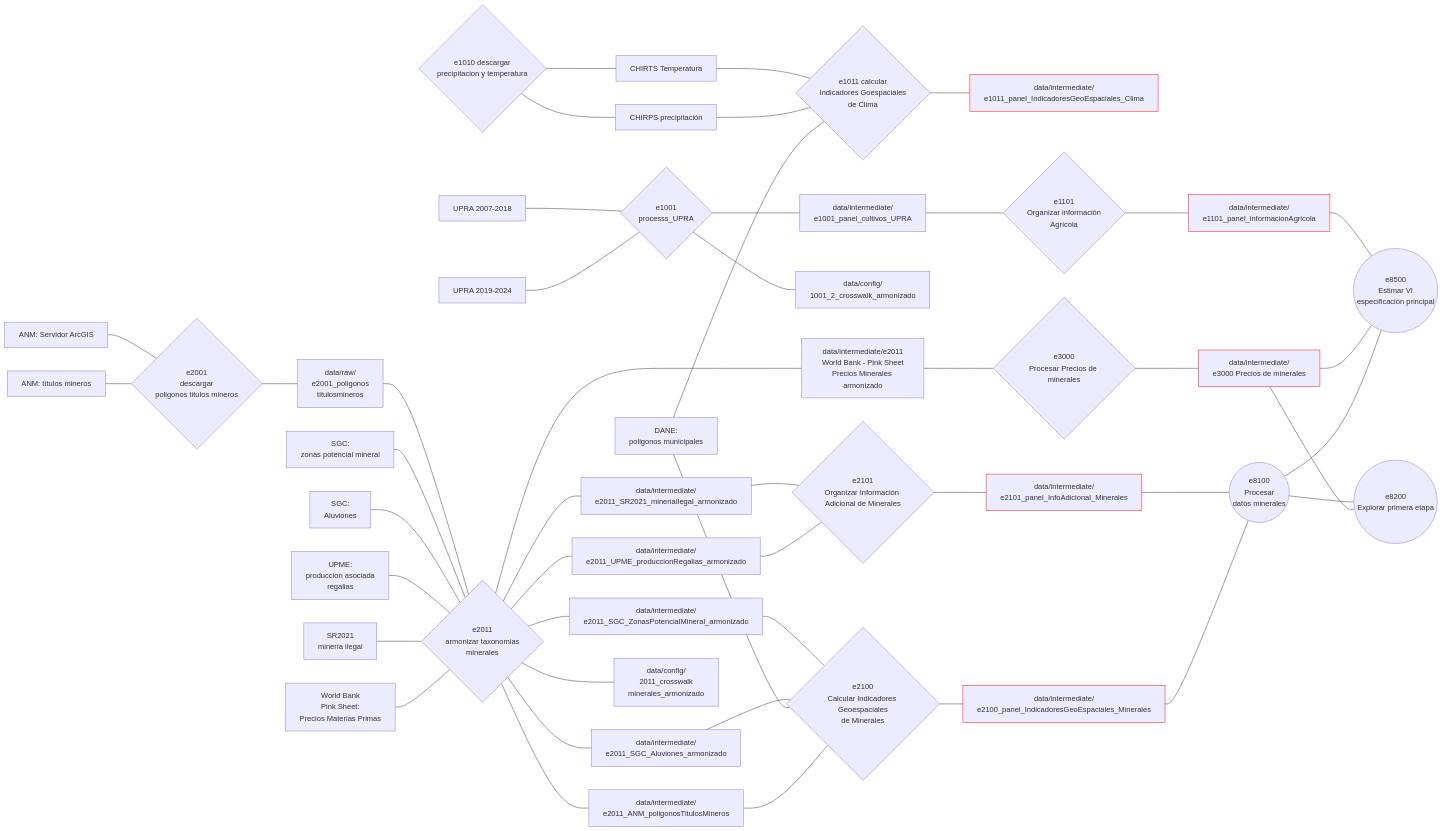
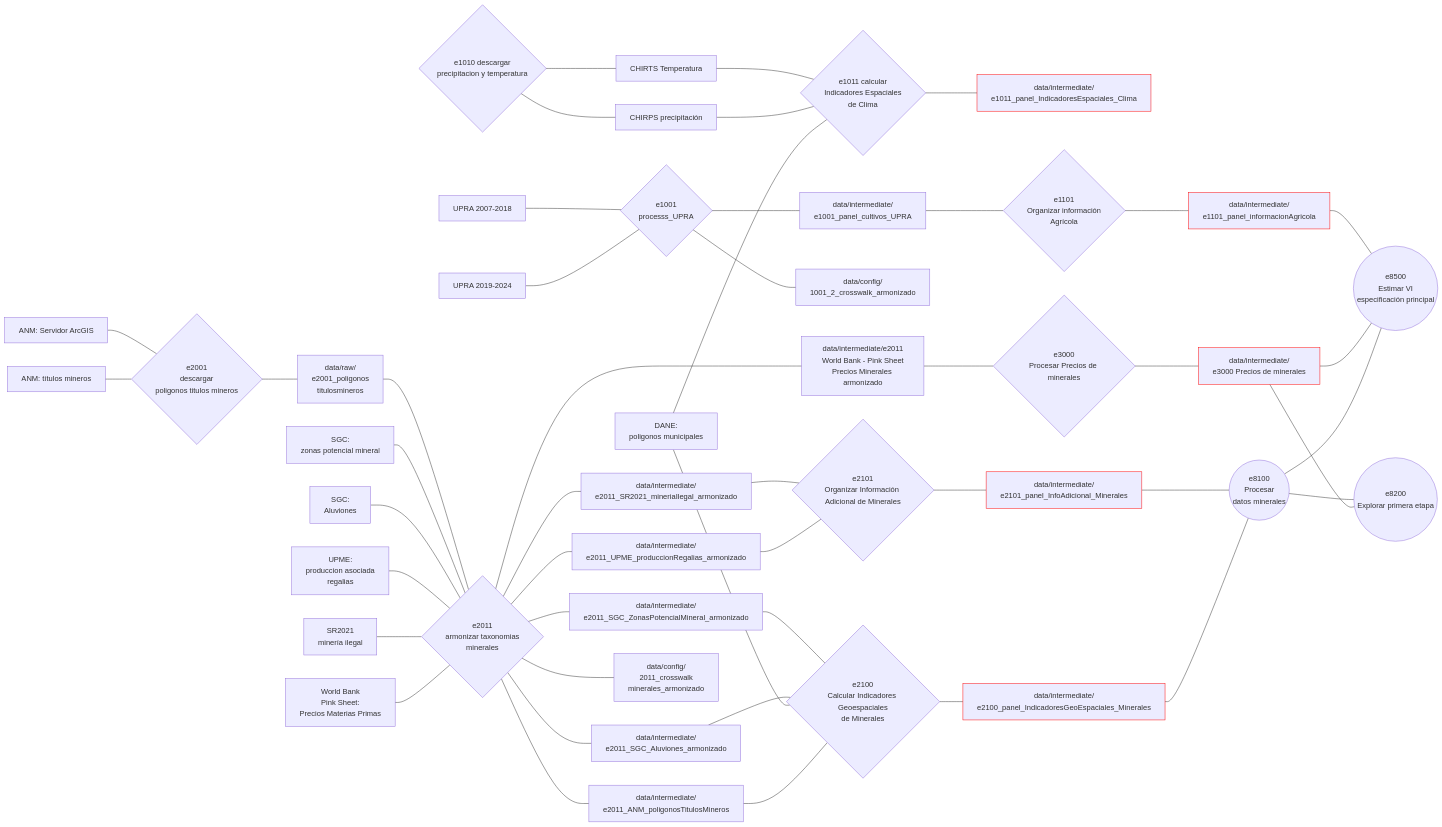
Before and after one commit to JC-AlfonsoR/PEG-mining-agriculture: the diagram in README.md, drawn with Mermaid. The commit also changed 1 other file, not shown here.

Commit message:
Agregar indicadores de precipitacion y temperatura max-min

```diff
--- a/README.md
+++ b/README.md
@@ -57,8 +57,8 @@
 %% Bases de datos intermedias para STATA
 e1101_panel_informacion_agricola[data/intermediate/
 e1101_panel_informacionAgricola]:::base_para_stata
-e1011_panel_IndicadoresGeoEspaciales_Clima[data/intermediate/
-e1011_panel_IndicadoresGeoEspaciales_Clima]:::base_para_stata
+e1011_panel_IndicadoresEspaciales_Clima[data/intermediate/
+e1011_panel_IndicadoresEspaciales_Clima]:::base_para_stata
 e2100_panel_IndicadoresGeoEspaciales_Minerales[data/intermediate/
 e2100_panel_IndicadoresGeoEspaciales_Minerales]:::base_para_stata
 e2101_panel_InfoAdicional_Minerales[data/intermediate/
@@ -82,8 +82,8 @@
 e1010_descargar_precipitacion_temperatura{e1010 descargar
 precipitacion y temperatura}
 
-e1011_calcular_indicadoresGeoEspaciales_clima{e1011 calcular
-Indicadores Goespaciales
+e1011_calcular_indicadoresEspaciales_clima{e1011 calcular
+Indicadores Espaciales
  de Clima}
 
 e1101_organizar_info_agricola{e1101
@@ -161,10 +161,10 @@
 %% Controles climáticos
 e1010_descargar_precipitacion_temperatura---CHIRPS_precipitacion
 e1010_descargar_precipitacion_temperatura---CHIRTS_temperatura
-CHIRTS_temperatura---e1011_calcular_indicadoresGeoEspaciales_clima
-CHIRPS_precipitacion---e1011_calcular_indicadoresGeoEspaciales_clima
-DANE_poligonos_municipales---e1011_calcular_indicadoresGeoEspaciales_clima
-e1011_calcular_indicadoresGeoEspaciales_clima---e1011_panel_IndicadoresGeoEspaciales_Clima
+CHIRTS_temperatura---e1011_calcular_indicadoresEspaciales_clima
+CHIRPS_precipitacion---e1011_calcular_indicadoresEspaciales_clima
+DANE_poligonos_municipales---e1011_calcular_indicadoresEspaciales_clima
+e1011_calcular_indicadoresEspaciales_clima---e1011_panel_IndicadoresEspaciales_Clima
 
 %% Organizar información adicional de minerales
 e2011_SR2021_mineriaIlegal---e2101_organizar_informacionAdicional_minerales
```
